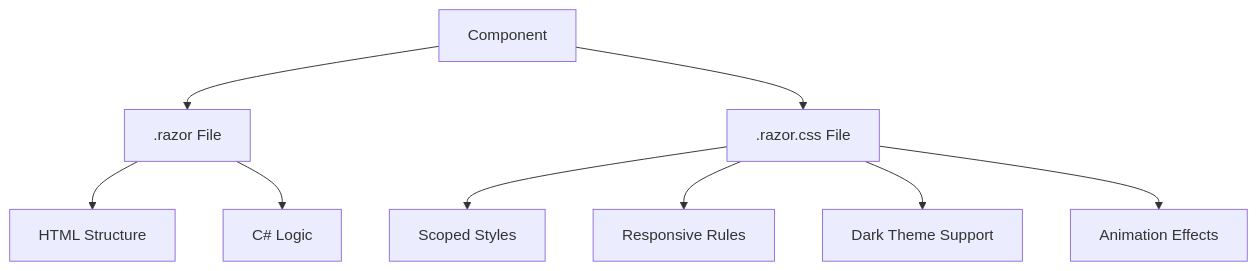
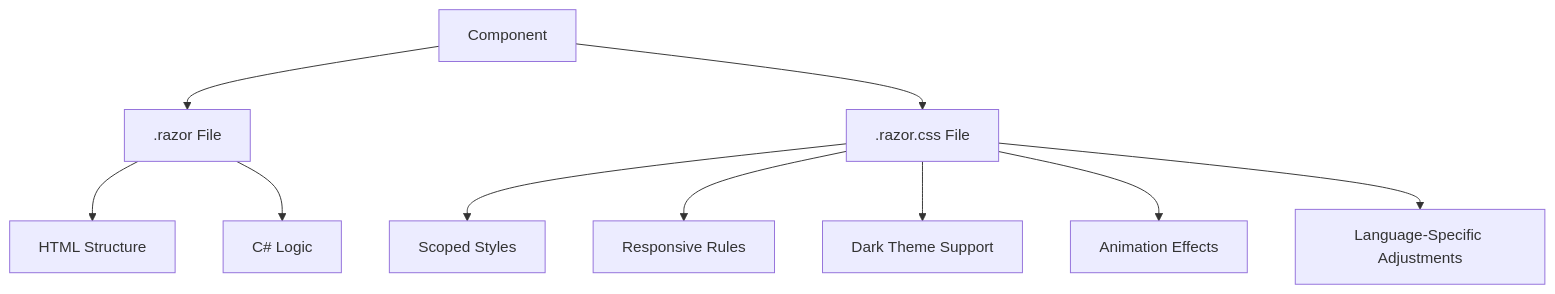
One commit to polterabyte/InventoryCtrl_2 changed the third of 3 diagrams in .qoder/repowiki/en/content/Frontend Architecture/Component Tree.md. Above: the diagram before and after it, drawn with Mermaid. The commit also changed other lines of this file and 17 other files, not shown here.

First line of the commit message:
docs(backend): update and reorganize backend architecture and API docs

````diff
--- a/.qoder/repowiki/en/content/Frontend Architecture/Component Tree.md
+++ b/.qoder/repowiki/en/content/Frontend Architecture/Component Tree.md
@@ -122,11 +129,12 @@
 ```mermaid
 graph TD
 A[Component] --> B[.razor File]
 A --> C[.razor.css File]
 B --> D[HTML Structure]
 B --> E[C# Logic]
 C --> F[Scoped Styles]
 C --> G[Responsive Rules]
 C --> H[Dark Theme Support]
 C --> I[Animation Effects]
+C --> J[Language-Specific Adjustments]
 ```
````
